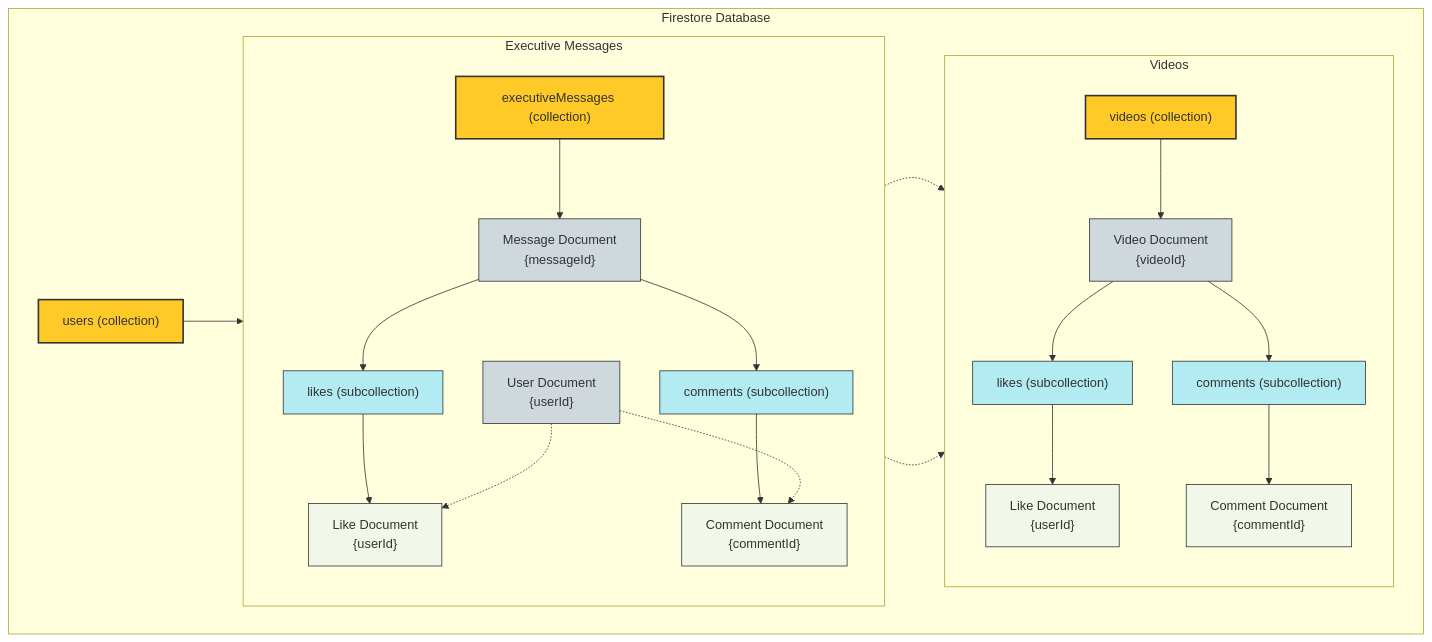
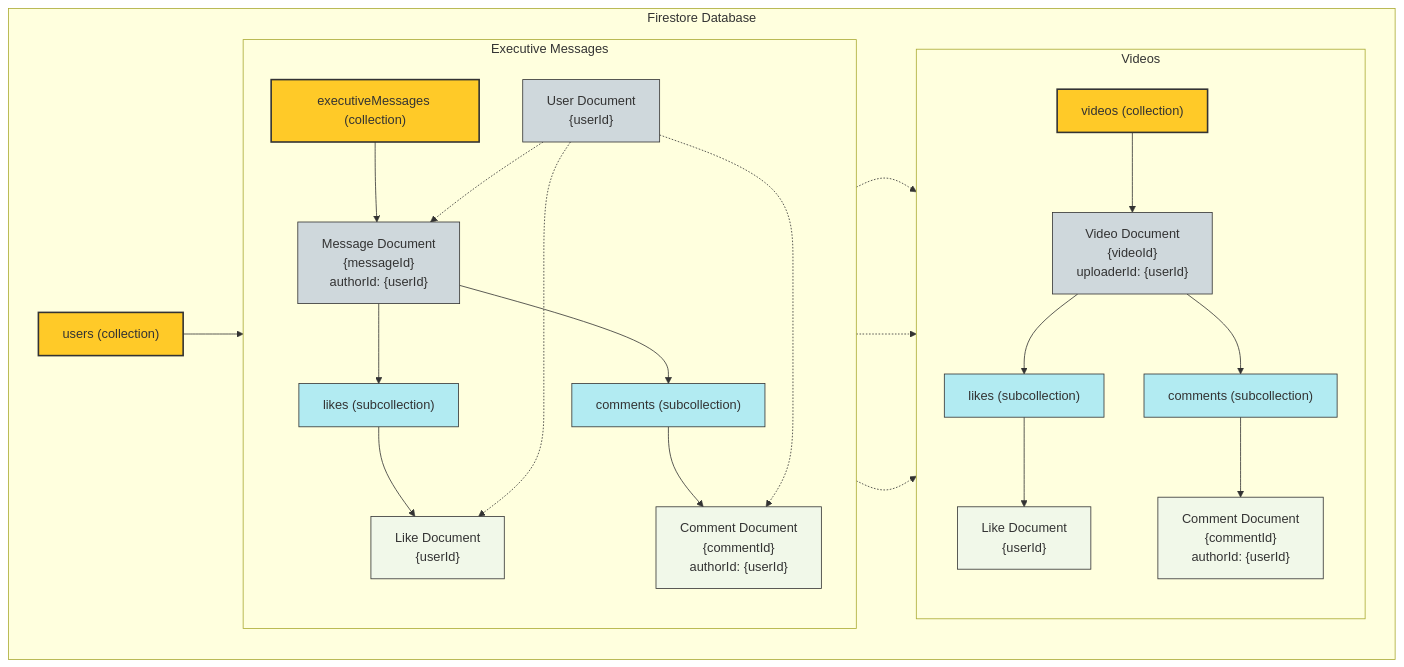
Before and after one commit to sy-YN/Admin_Philos: the diagram in docs/collection-diagram.md, drawn with Mermaid.

Commit message:
同じようにuserとメッセージも出力できますか？

````diff
--- a/docs/collection-diagram.md
+++ b/docs/collection-diagram.md
@@ -5,71 +5,73 @@
 ```mermaid
 graph TD
     subgraph Firestore Database
         direction LR
 
         usersCollection["users (collection)"]
         userDoc["User Document<br>{userId}"]
         usersCollection --> userDoc
 
         subgraph Executive Messages
             direction TB
             execMessages["executiveMessages (collection)"]
-            execMessageDoc["Message Document<br>{messageId}"]
+            execMessageDoc["Message Document<br>{messageId}<br>authorId: {userId}"]
             
             execLikes["likes (subcollection)"]
             execLikeDoc["Like Document<br>{userId}"]
 
             execComments["comments (subcollection)"]
-            execCommentDoc["Comment Document<br>{commentId}"]
+            execCommentDoc["Comment Document<br>{commentId}<br>authorId: {userId}"]
             
             execMessages --> execMessageDoc
             execMessageDoc --> execLikes
             execMessageDoc --> execComments
             execLikes --> execLikeDoc
             execComments --> execCommentDoc
 
+            userDoc -.-> execMessageDoc
             userDoc -.-> execLikeDoc
             userDoc -.-> execCommentDoc
         end
 
         subgraph Videos
             direction TB
             videos["videos (collection)"]
-            videoDoc["Video Document<br>{videoId}"]
+            videoDoc["Video Document<br>{videoId}<br>uploaderId: {userId}"]
 
             videoLikes["likes (subcollection)"]
             videoLikeDoc["Like Document<br>{userId}"]
             
             videoComments["comments (subcollection)"]
-            videoCommentDoc["Comment Document<br>{commentId}"]
+            videoCommentDoc["Comment Document<br>{commentId}<br>authorId: {userId}"]
 
             videos --> videoDoc
             videoDoc --> videoLikes
             videoDoc --> videoComments
             videoLikes --> videoLikeDoc
             videoComments --> videoCommentDoc
 
+            userDoc -.-> videoDoc
             userDoc -.-> videoLikeDoc
             userDoc -.-> videoCommentDoc
         end
 
     end
 
     style execMessages fill:#FFCA28,stroke:#333,stroke-width:2px
     style videos fill:#FFCA28,stroke:#333,stroke-width:2px
     style usersCollection fill:#FFCA28,stroke:#333,stroke-width:2px
 
     style execMessageDoc fill:#CFD8DC,stroke:#333,stroke-width:1px
     style videoDoc fill:#CFD8DC,stroke:#333,stroke-width:1px
     style userDoc fill:#CFD8DC,stroke:#333,stroke-width:1px
 
     style execLikes fill:#B2EBF2,stroke:#333,stroke-width:1px
     style execComments fill:#B2EBF2,stroke:#333,stroke-width:1px
     style videoLikes fill:#B2EBF2,stroke:#333,stroke-width:1px
     style videoComments fill:#B2EBF2,stroke:#333,stroke-width:1px
 
     style execLikeDoc fill:#F1F8E9,stroke:#333,stroke-width:1px
     style execCommentDoc fill:#F1F8E9,stroke:#333,stroke-width:1px
     style videoLikeDoc fill:#F1F8E9,stroke:#333,stroke-width:1px
     style videoCommentDoc fill:#F1F8E9,stroke:#333,stroke-width:1px
 ```
````
